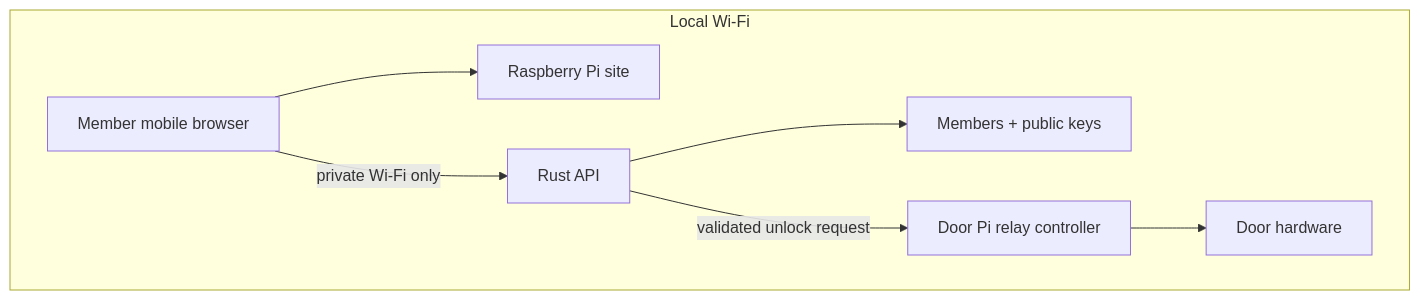
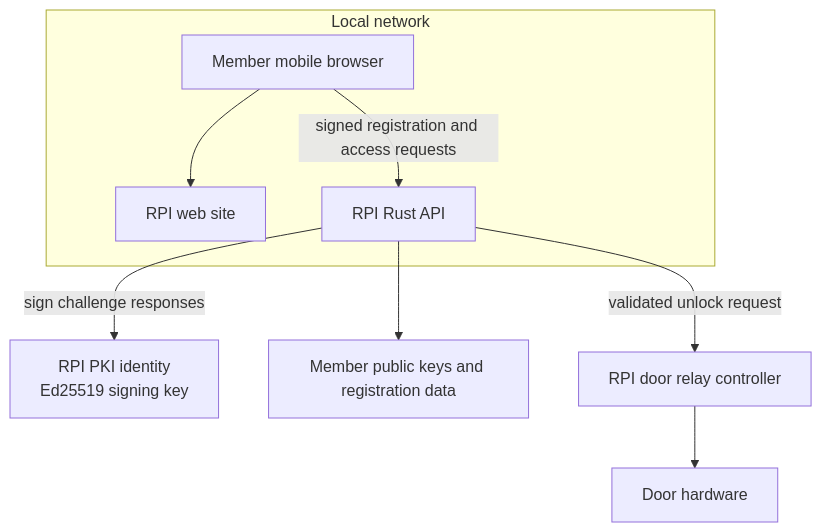
Before and after one commit to tplive/harstadmakers: the fifth of 6 diagrams in architecture-diagrams.md, drawn with Mermaid. The commit also changed other lines of this file, not shown here.

Commit message:
Oppdatere arkitekturdiagram

````diff
--- a/architecture-diagrams.md
+++ b/architecture-diagrams.md
@@ -105,17 +139,20 @@
 ```mermaid
 flowchart TB
-    subgraph LocalWiFi[Local Wi‑Fi]
+    subgraph LocalNetwork[Local network]
         Mobile[Member mobile browser]
-        PiSite[Raspberry Pi site]
-        API[Rust API]
-        MemberData[Members + public keys]
-        PiController[Door Pi relay controller]
-        Lock[Door hardware]
+        RPIWebSite[RPI web site]
+        API[RPI Rust API]
     end
 
-    Mobile --> PiSite
-    Mobile -->|private Wi‑Fi only| API
+    ServerIdentity[RPI PKI identity<br/>Ed25519 signing key]
+    MemberData[Member public keys and registration data]
+    DoorController[RPI door relay controller]
+    Lock[Door hardware]
+
+    Mobile --> RPIWebSite
+    Mobile -->|signed registration and access requests| API
+    API -->|sign challenge responses| ServerIdentity
     API --> MemberData
-    API -->|validated unlock request| PiController
-    PiController --> Lock
+    API -->|validated unlock request| DoorController
+    DoorController --> Lock
 ```
````
